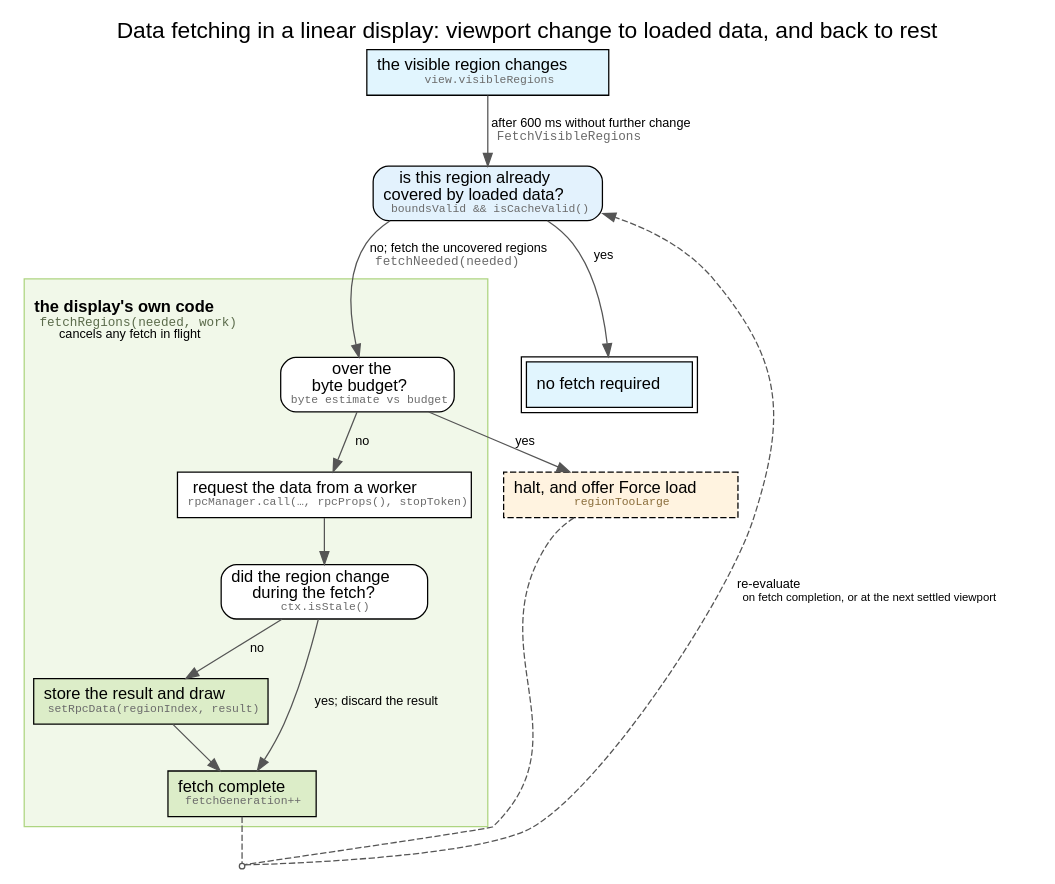
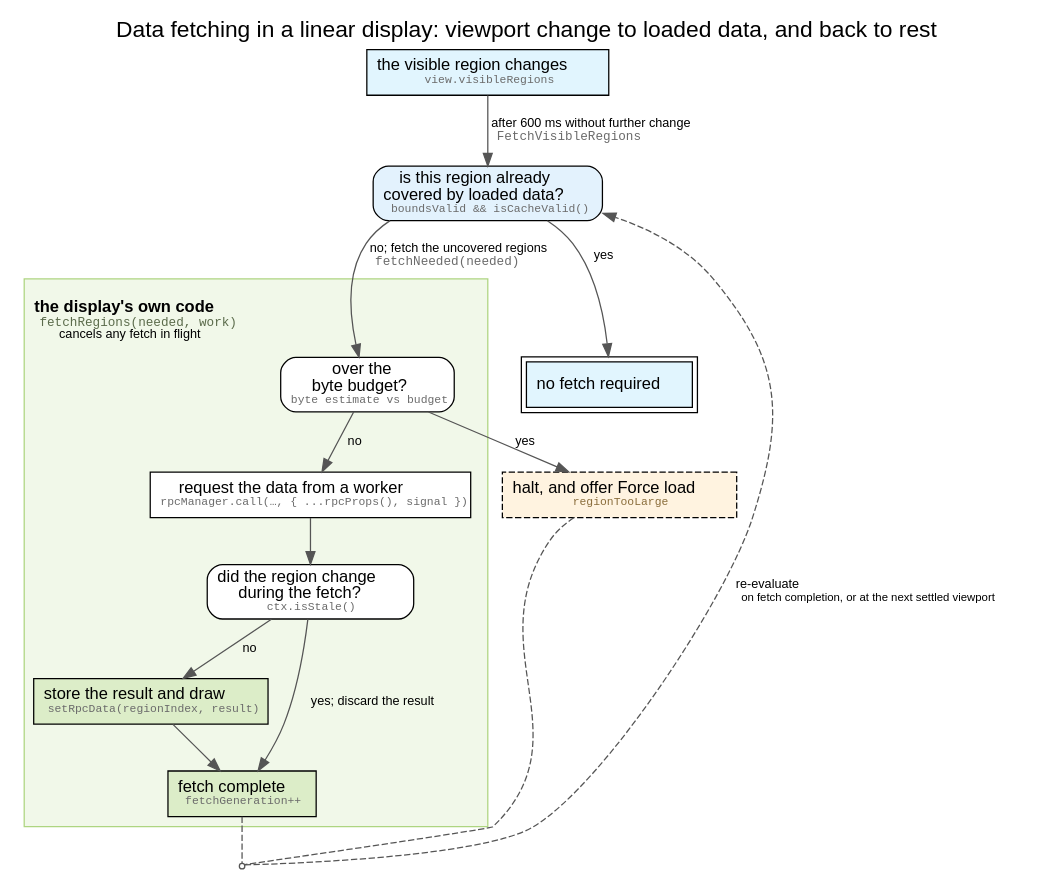
The diagram in website/diagrams/fetch_chain.dot (GMOD/jbrowse-components), drawn with Graphviz before and after one commit. The commit also changed 49 other files, not shown here.

First line of the commit message:
abort signal: prose the stop-token rename left behind

```diff
--- a/website/diagrams/fetch_chain.dot
+++ b/website/diagrams/fetch_chain.dot
@@ -1,151 +1,151 @@
 // Every box says what happens in ENGLISH, with the identifier under it in small
 // grey monospace. Reading the chain and finding the code are two different
 // tasks, and a label that only names `boundsValid && isCacheValid()` serves the
 // second at the cost of the first — you cannot follow the flow until you have
 // read four function signatures. The English line is what the eye lands on; the
 // identifier is there when the reader goes looking.
 //
 // The English is plain rather than merely spelt out, which is a second pass and
 // not the same one: "is this block already covered?" is a sentence made of our
 // own vocabulary, and a block, a fetch and a region are all things the reader is
 // here to learn.
 //
 // It is also DRY (review: "try to use somewhat 'dry' language, so that this
 // could be included in a scientific paper"). The two are not the same pass
 // either, and the first draft of the plain version was conversational where it
 // should only have been unspecialized: no first or second person ("do we already
 // have data", "while we waited"), no colloquial verb where a neutral one exists
 // ("ask a background worker" -> "request the data from a worker", "throw it
 // away" -> "discard the result"), and no vagueness bought with informality
 // ("is that too much data?" -> "over the byte budget?", which is the actual
 // test). Plain still rules the top line — nothing there is a term this page has
 // to define first — and the identifier under it is where the precision lives.
 //
 // That needs HTML-like labels (`label=<…>` rather than `label="…"`), so `&` is
 // `&amp;` inside them, and a malformed one renders as literal angle brackets
 // rather than failing — check the render, not the exit code.
 //
 // The three questions are rounded boxes rather than diamonds. A diamond sized to
 // hold a sentence is about twice as wide as the sentence, and there are three of
 // them; the "?" and the yes/no edges already say it is a branch.
 //
 // Two nodes and a cluster came out by the rule that a step whose whole job is to
 // hand off to the next one is an EDGE, not a box:
 //
 //   collect into `needed`    -> the check's "no" branch, which also carries
 //                               fetchNeeded(needed), the call it makes
-//   rotate stop token /      -> "cancels whatever was still in flight" in the
+//   rotate abort signal /    -> "cancels whatever was still in flight" in the
 //     capture fetchGeneration   cluster's own label, since that is what entering
 //                               fetchRegions does
 //   FetchVisibleRegions      -> the edge from the view moving to the check. It
 //                               was a cluster drawn around that single question,
 //                               which is a label with a border.
 //
 // That leaves ONE cluster, and it now means something a fill colour could not
 // say on its own: everything inside it is the display's to write.
 //
 // `increment fetchGeneration` looks like the same case and is not. Dropping it
 // turns two SOLID in-cluster edges into two more dashed ones leaving the box, so
 // the picture pays a crossing and a label sitting on the cluster border to save
 // one node. Keeping it holds the whole rule "dashed means look again" to two
 // places, both below the chain.
 //
 // The cluster's label is left-justified AND short because the edge into the box
 // enters at the first node's horizontal centre: a label reaching that far right
 // gets struck through by the arrow, which is why fetchNeeded moved to the edge
 // and fetchRegions lost nothing but its length here.
 digraph fetch_chain {
   rankdir=TB
   labelloc=t
   fontname="Helvetica"
   fontsize=18
   label="Data fetching in a linear display: viewport change to loaded data, and back to rest"
   nodesep=0.35
   ranksep=0.5
 
   node [shape=box, fontname="Helvetica", fontsize=13, style=filled, fillcolor="#ffffff"]
   edge [fontname="Helvetica", fontsize=10, color="#555555"]
 
   viewport [
     label=<the visible region changes<br/><font point-size="9" face="Courier" color="#6b6b6b">view.visibleRegions</font>>
     fillcolor="#e1f5fe"
   ]
   check [
     shape=box, style="filled,rounded"
     label=<is this region already<br/>covered by loaded data?<br/><font point-size="9" face="Courier" color="#6b6b6b">boundsValid &amp;&amp; isCacheValid()</font>>
     fillcolor="#e3f2fd"
   ]
 
   // ── What the display owns ────────────────────────────────────────
   subgraph cluster_fetch {
     label=<<br/><b>the display's own code</b><br/><font point-size="10" face="Courier" color="#5b6b4b">fetchRegions(needed, work)</font><br/><font point-size="10">cancels any fetch in flight</font><br/>>
     labelloc=t
     labeljust=l
     fontname="Helvetica"
     fontsize=13
     style=filled
     fillcolor="#f1f8e9"
     color="#aed581"
 
     bytes [
       shape=box, style="filled,rounded"
       label=<over the<br/>byte budget?<br/><font point-size="9" face="Courier" color="#6b6b6b">byte estimate vs budget</font>>
       fillcolor="#ffffff"
     ]
     work [
-      label=<request the data from a worker<br/><font point-size="9" face="Courier" color="#6b6b6b">rpcManager.call(…, rpcProps(), stopToken)</font>>
+      label=<request the data from a worker<br/><font point-size="9" face="Courier" color="#6b6b6b">rpcManager.call(…, { ...rpcProps(), signal })</font>>
     ]
     stale [
       shape=box, style="filled,rounded"
       label=<did the region change<br/>during the fetch?<br/><font point-size="9" face="Courier" color="#6b6b6b">ctx.isStale()</font>>
       fillcolor="#ffffff"
     ]
     commit [
       label=<store the result and draw<br/><font point-size="9" face="Courier" color="#6b6b6b">setRpcData(regionIndex, result)</font>>
       fillcolor="#dcedc8"
     ]
     bump [
       label=<fetch complete<br/><font point-size="9" face="Courier" color="#6b6b6b">fetchGeneration++</font>>
       fillcolor="#dcedc8"
     ]
   }
 
   toolarge [
     label=<halt, and offer Force load<br/><font point-size="9" face="Courier" color="#8a6d3b">regionTooLarge</font>>
     style="filled,dashed"
     fillcolor="#fff3e0"
   ]
   done [label=<no fetch required>, peripheries=2, fillcolor="#e1f5fe"]
 
   viewport -> check [label=<  after 600 ms without further change<br align="left"/>  <font face="Courier" color="#6b6b6b">FetchVisibleRegions</font><br align="left"/>>]
   check -> done [label="  yes"]
   check -> bytes [label=<  no; fetch the uncovered regions<br align="left"/>  <font face="Courier" color="#6b6b6b">fetchNeeded(needed)</font><br align="left"/>>]
   bytes -> toolarge [label="  yes"]
   bytes -> work [label="  no"]
   work -> stale
   stale -> commit [label="  no"]
   stale -> bump [label="  yes; discard the result"]
   commit -> bump
 
   // Both loose ends re-enter the same debounced check, so they meet at a
   // junction and travel back as ONE edge. Drawn as two they were two long dashed
   // sweeps up the whole right side, which is most of what a reader sees before
   // they see the chain — and both said the same thing anyway. What differs is
   // only what re-fires the autorun, which the edge's own label now names.
   reenter [shape=point, width=0.06, color="#555555"]
   // The junction's rank comes from this one edge keeping its constraint, which
   // puts it just below the last node of the chain. `{ rank=same; bump; reenter }`
   // is the obvious alternative and is wrong: a rankset EJECTS its members from
   // their cluster ("bump was already in a rankset, deleted from cluster"), which
   // drops that node out of the green box it belongs to.
   bump -> reenter [style=dashed, arrowhead=none]
   // The other two are constraint=false: they close the loop but must not pull
   // their targets back up a rank, which is what left the entry node stranded
   // mid-graph and crossed every edge around it.
   toolarge -> reenter [style=dashed, constraint=false, arrowhead=none]
   reenter -> check [
     label=<  re-evaluate<br align="left"/>  <font point-size="9">on fetch completion, or at the next settled viewport</font><br align="left"/>>
     style=dashed
     constraint=false
   ]
 }
```
